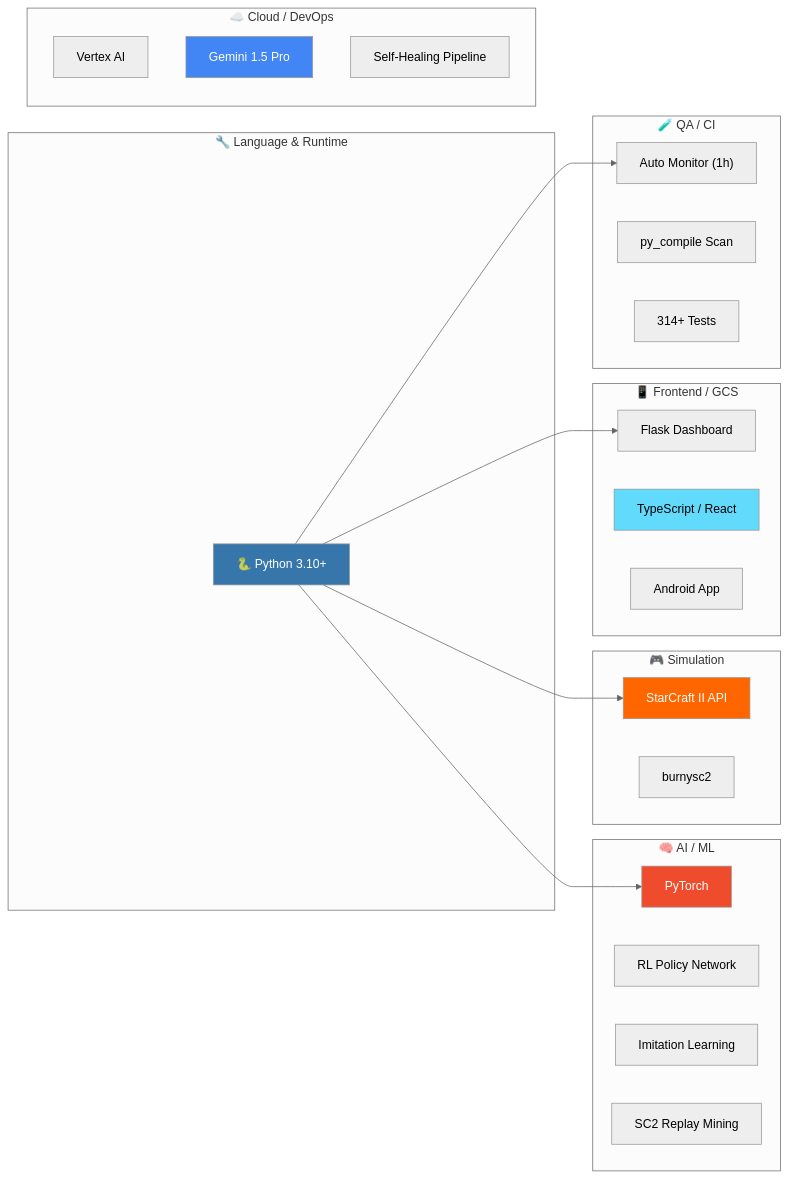
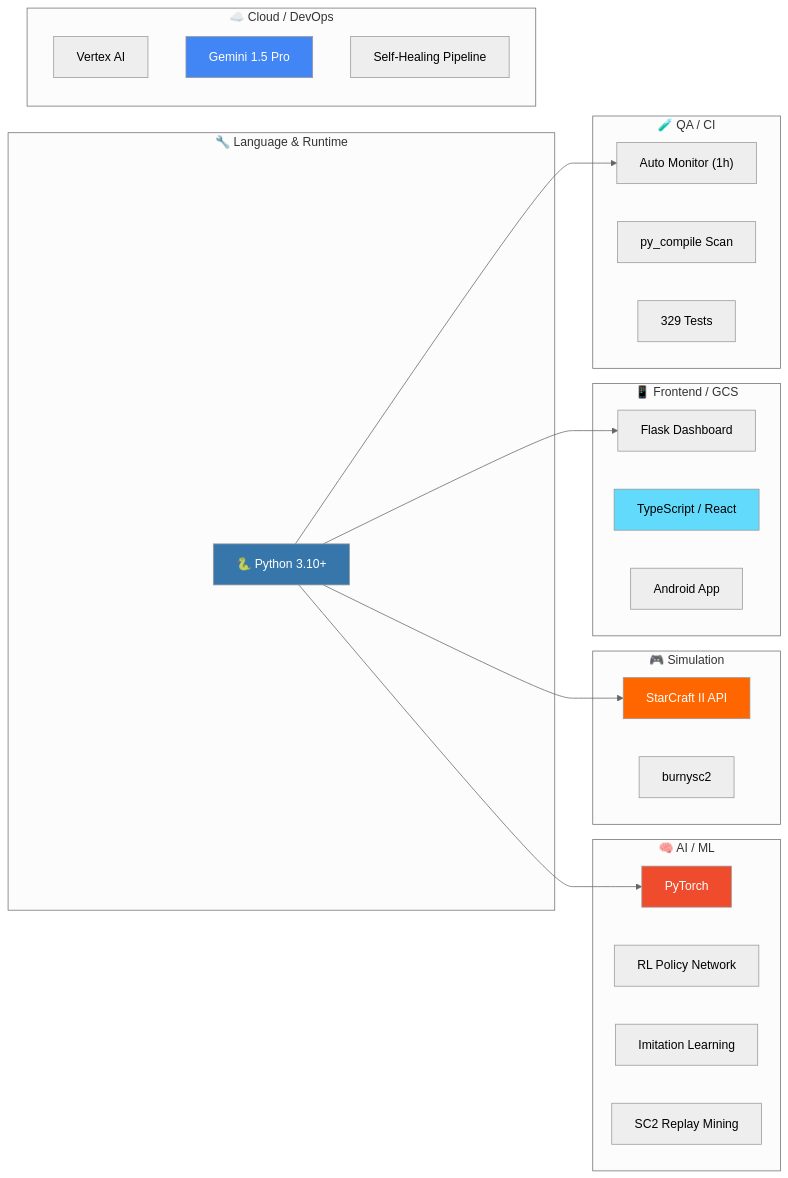
One commit to sun475300-sudo/Swarm-control-in-sc2bot changed diagram 25 of 31 in README.md. Above: the diagram before and after it, drawn with Mermaid (neutral theme). The commit also changed other lines of this file and 3 other files, not shown here.

````diff
--- a/README.md
+++ b/README.md
@@ -685,44 +687,44 @@
 ```mermaid
 graph LR
     subgraph "🔧 Language & Runtime"
         PY["🐍 Python 3.10+"]
     end
 
     subgraph "🧠 AI / ML"
         PT["PyTorch"]
         RL["RL Policy Network"]
         IL["Imitation Learning"]
         RPL["SC2 Replay Mining"]
     end
 
     subgraph "🎮 Simulation"
         SC2["StarCraft II API"]
         BSC["burnysc2"]
     end
 
     subgraph "☁️ Cloud / DevOps"
         VTX["Vertex AI"]
         GMN["Gemini 1.5 Pro"]
         SH["Self-Healing Pipeline"]
     end
 
     subgraph "📱 Frontend / GCS"
         FLK["Flask Dashboard"]
         RCT["TypeScript / React"]
         AND["Android App"]
     end
 
     subgraph "🧪 QA / CI"
         MON["Auto Monitor (1h)"]
         PYC["py_compile Scan"]
-        TST["314+ Tests"]
+        TST["329 Tests"]
     end
 
     PY --> PT & SC2 & FLK & MON
 
     style PY fill:#3776AB,color:#fff
     style PT fill:#EE4C2C,color:#fff
     style SC2 fill:#FF6600,color:#fff
     style GMN fill:#4285F4,color:#fff
     style RCT fill:#61DAFB,color:#000
 ```
````
